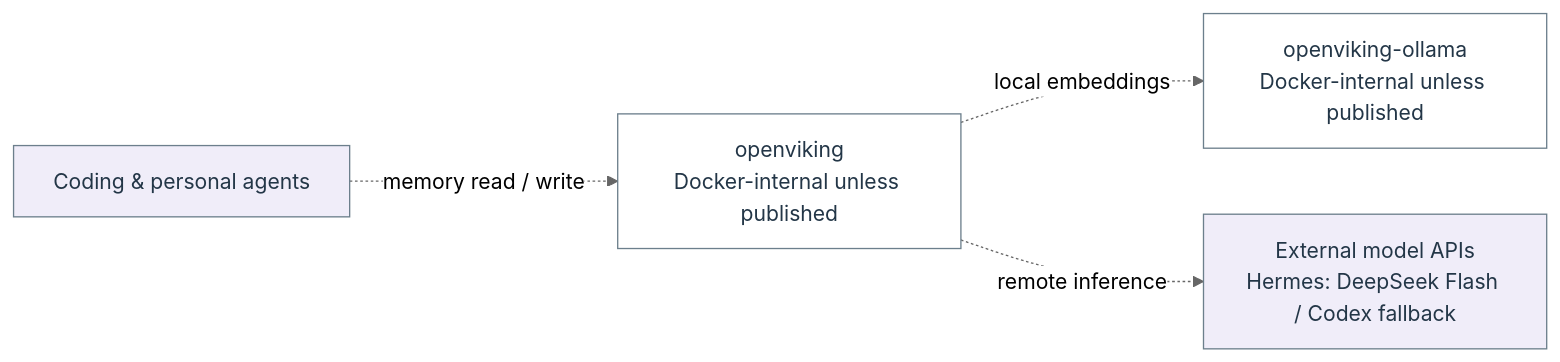
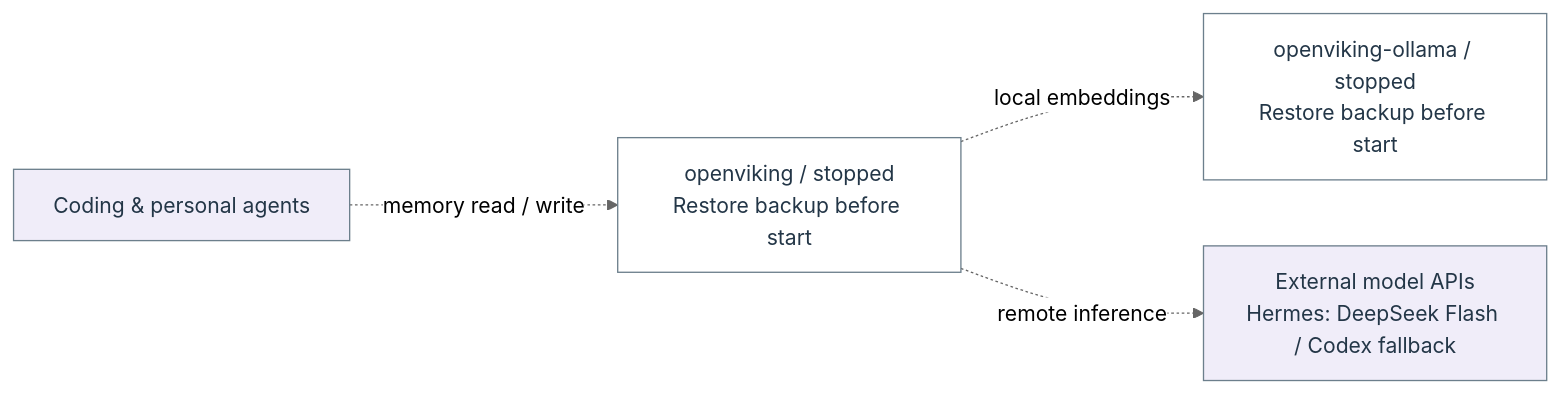
One commit to Harsh-2002/Homelab changed diagram 19 of 22 in docs/architecture/homelab-mermaid.md. Above: the diagram before and after it, drawn with Mermaid (neutral theme). The commit also changed other lines of this file and 77 other files, not shown here.

````diff
--- a/docs/architecture/homelab-mermaid.md
+++ b/docs/architecture/homelab-mermaid.md
@@ -567,14 +573,14 @@
 ```mermaid
 flowchart LR
-  n_flow_6_0["openviking<br/>Docker-internal unless published"]
+  n_flow_6_0["openviking / stopped<br/>Restore backup before start"]
   n_flow_6_1["Coding &amp; personal agents"]
-  n_flow_6_2["openviking-ollama<br/>Docker-internal unless published"]
+  n_flow_6_2["openviking-ollama / stopped<br/>Restore backup before start"]
   n_flow_6_3["External model APIs<br/>Hermes: DeepSeek Flash / Codex fallback"]
   n_flow_6_1 -.->|"memory read / write"| n_flow_6_0
   n_flow_6_0 -.->|"local embeddings"| n_flow_6_2
   n_flow_6_0 -.->|"remote inference"| n_flow_6_3
   classDef c_flow_6_0 fill:#ffffff,stroke:#6c7f8c,color:#233647;
   class n_flow_6_0,n_flow_6_2 c_flow_6_0;
   classDef c_flow_6_1 fill:#f0edf9,stroke:#6c7f8c,color:#233647;
   class n_flow_6_1,n_flow_6_3 c_flow_6_1;
 ```
````
